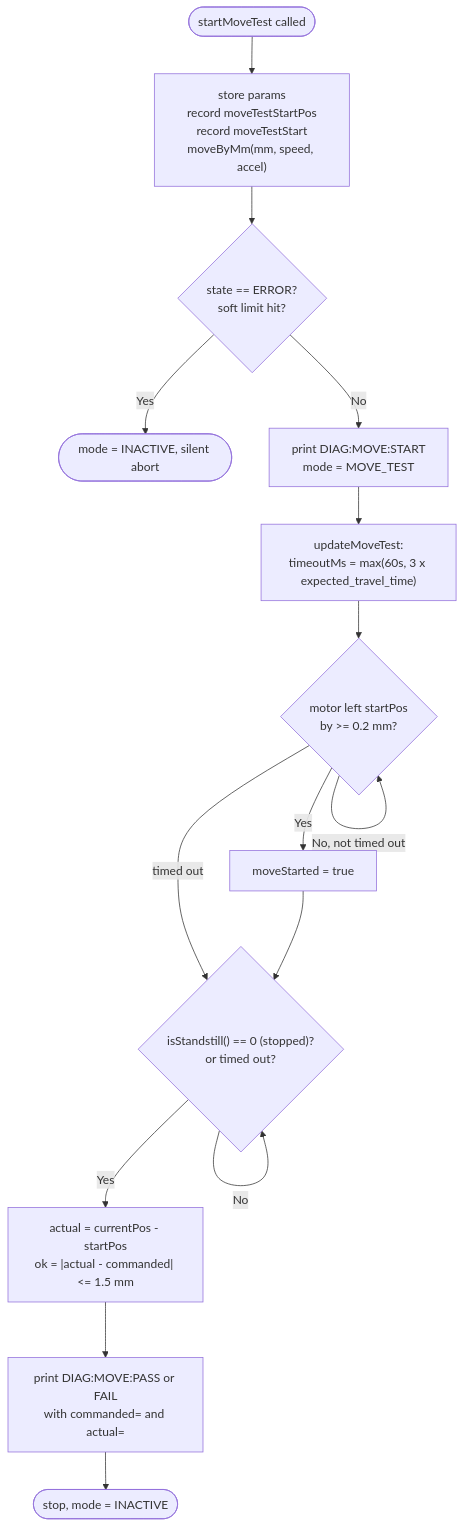
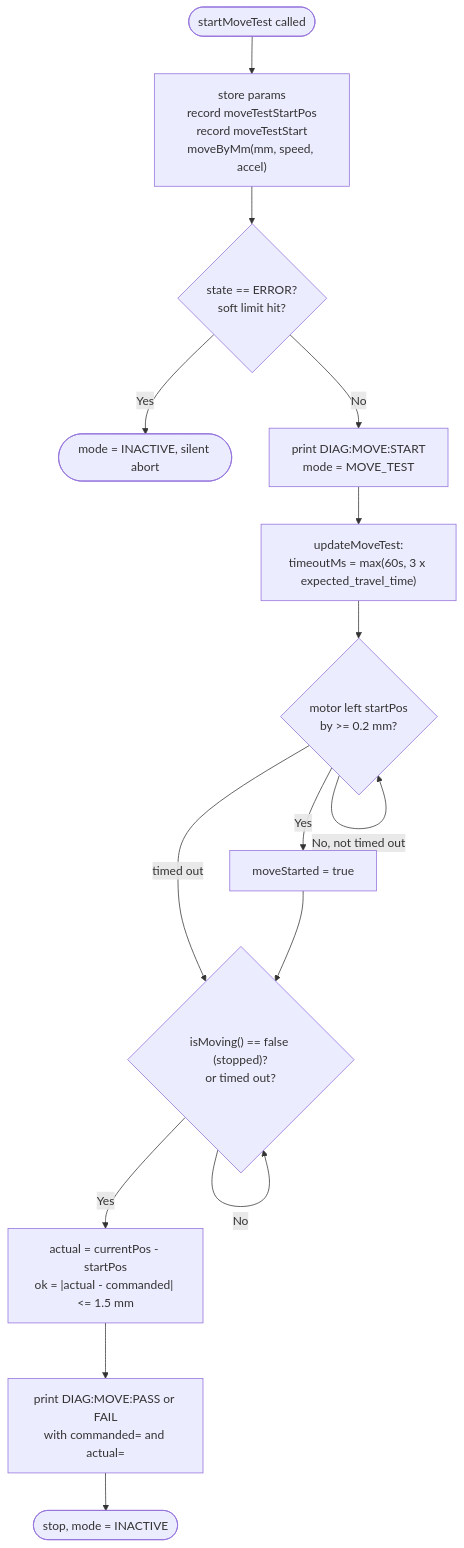
One commit to rohitkjohnedu/The-big-dipper changed the third of 5 diagrams in arduino/dip_coater_firmware/docs/DIAGNOSTICS.md. Above: the diagram before and after it, drawn with Mermaid. The commit also changed 5 other files, not shown here.

Commit message:
renamed isStandstill to isMoving and other changes

````diff
--- a/arduino/dip_coater_firmware/docs/DIAGNOSTICS.md
+++ b/arduino/dip_coater_firmware/docs/DIAGNOSTICS.md
@@ -90,19 +90,19 @@
 ```mermaid
 flowchart TD
     A(["startMoveTest called"]) --> B["store params<br/>record moveTestStartPos<br/>record moveTestStart<br/>moveByMm(mm, speed, accel)"]
     B --> C{"state == ERROR?<br/>soft limit hit?"}
     C -- Yes --> D(["mode = INACTIVE, silent abort"])
     C -- No  --> E["print DIAG:MOVE:START<br/>mode = MOVE_TEST"]
 
     E --> F["updateMoveTest:<br/>timeoutMs = max(60s, 3 x expected_travel_time)"]
     F --> G{"motor left startPos<br/>by >= 0.2 mm?"}
     G -- No, not timed out --> G
     G -- Yes --> H["moveStarted = true"]
     G -- timed out --> I
 
-    H --> I{"isStandstill() == 0 (stopped)?<br/>or timed out?"}
+    H --> I{"isMoving() == false (stopped)?<br/>or timed out?"}
     I -- No --> I
     I -- Yes --> J["actual = currentPos - startPos<br/>ok = |actual - commanded| <= 1.5 mm"]
     J --> K["print DIAG:MOVE:PASS or FAIL<br/>with commanded= and actual="]
     K --> L(["stop, mode = INACTIVE"])
 ```
````
